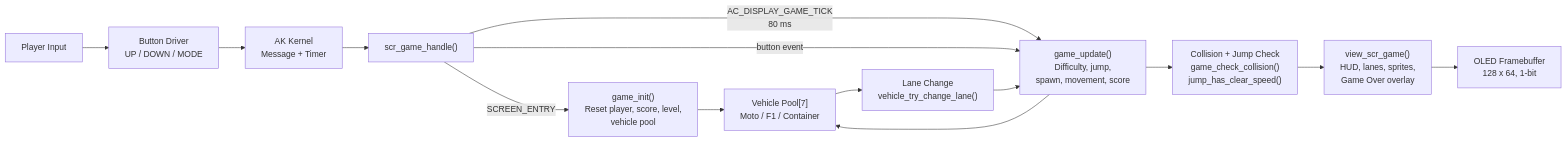
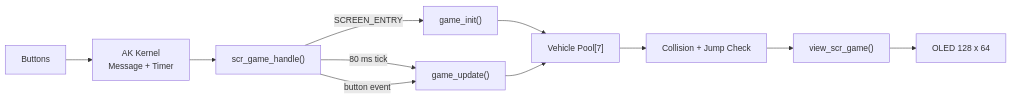
Before and after one commit to bin115-glitch/Reverse-Lane: the diagram in README.md, drawn with Mermaid. The commit also changed other lines of this file, not shown here.

````diff
--- a/README.md
+++ b/README.md
@@ -317,25 +82,21 @@
 ```mermaid
 flowchart LR
-    Player["Player Input"]
-    Buttons["Button Driver<br/>UP / DOWN / MODE"]
-    AK["AK Kernel<br/>Message + Timer"]
+    Input["Buttons"]
+    Kernel["AK Kernel<br/>Message + Timer"]
     Screen["scr_game_handle()"]
-    Init["game_init()<br/>Reset player, score, level,<br/>vehicle pool"]
-    Update["game_update()<br/>Difficulty, jump,<br/>spawn, movement, score"]
-    Pool["Vehicle Pool[7]<br/>Moto / F1 / Container"]
-    Lane["Lane Change<br/>vehicle_try_change_lane()"]
-    Collision["Collision + Jump Check<br/>game_check_collision()<br/>jump_has_clear_speed()"]
-    Render["view_scr_game()<br/>HUD, lanes, sprites,<br/>Game Over overlay"]
-    OLED["OLED Framebuffer<br/>128 x 64, 1-bit"]
+    Init["game_init()"]
+    Update["game_update()"]
+    Vehicles["Vehicle Pool[7]"]
+    Collision["Collision + Jump Check"]
+    Render["view_scr_game()"]
+    OLED["OLED 128 x 64"]
 
-    Player --> Buttons --> AK --> Screen
+    Input --> Kernel --> Screen
     Screen -->|SCREEN_ENTRY| Init
-    Screen -->|AC_DISPLAY_GAME_TICK<br/>80 ms| Update
+    Screen -->|80 ms tick| Update
     Screen -->|button event| Update
-    Init --> Pool
-    Update --> Pool
-    Pool --> Lane --> Update
-    Update --> Collision
-    Collision --> Render
-    Render --> OLED
+    Init --> Vehicles
+    Update --> Vehicles
+    Vehicles --> Collision
+    Collision --> Render --> OLED
 ```
````
